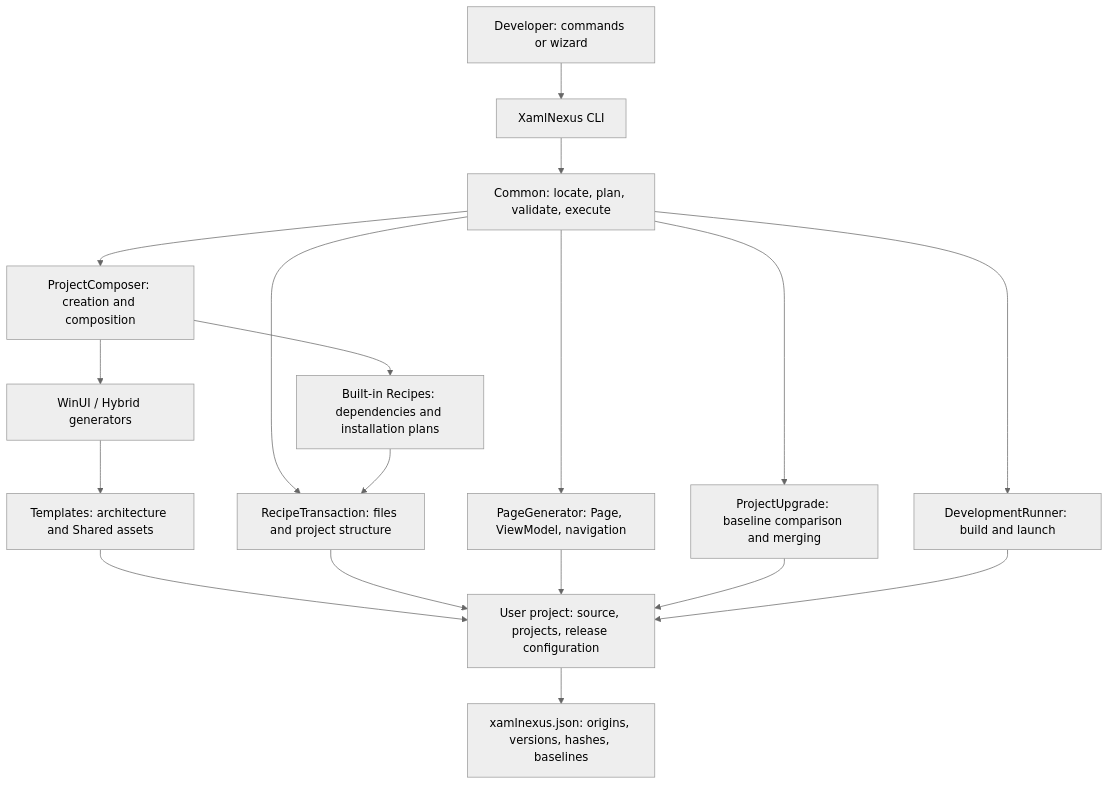
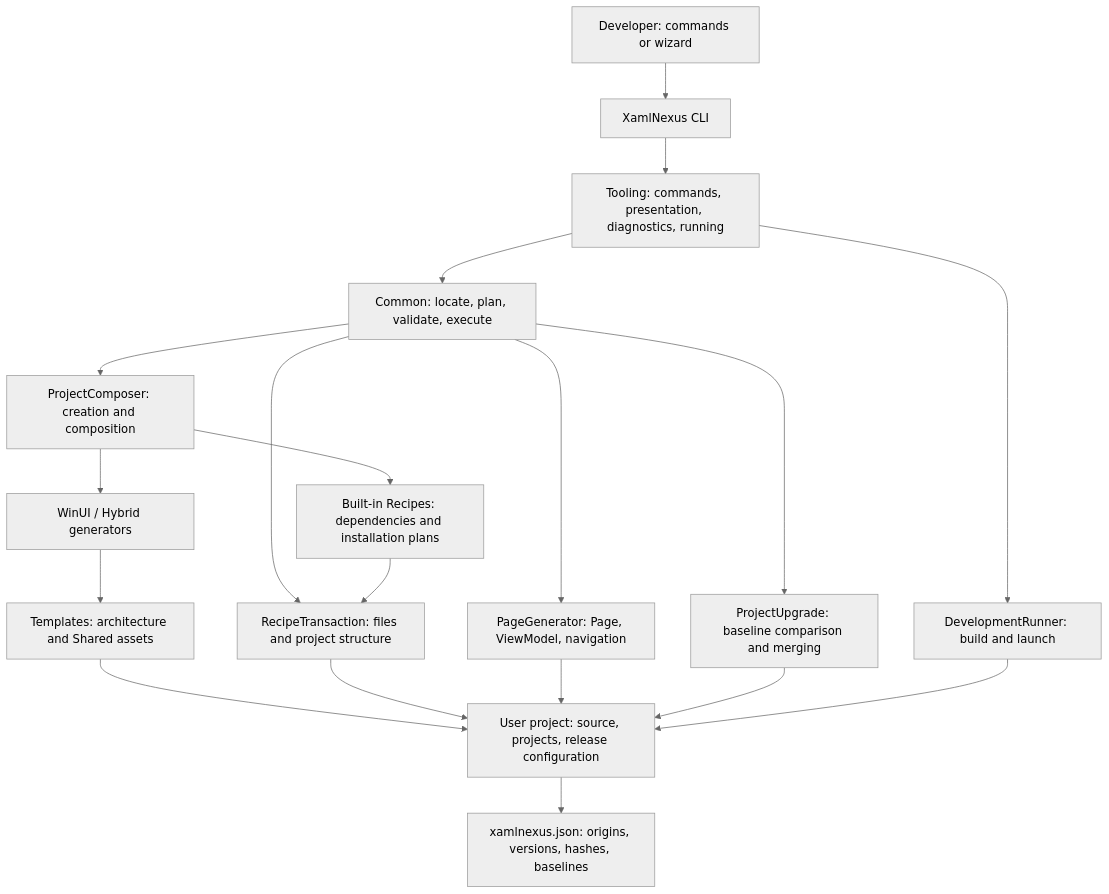
Before and after one commit to PaperHammer/XamlNexus: the first of 5 diagrams in docs/technical/architecture.md, drawn with Mermaid (neutral theme). The commit also changed other lines of this file and 24 other files, not shown here.

````diff
--- a/docs/technical/architecture.md
+++ b/docs/technical/architecture.md
@@ -9,20 +9,21 @@
 ```mermaid
 flowchart TD
     Developer[Developer: commands or wizard] --> CLI[XamlNexus CLI]
-    CLI --> Common[Common: locate, plan, validate, execute]
+    CLI --> Tooling[Tooling: commands, presentation, diagnostics, running]
+    Tooling --> Common[Common: locate, plan, validate, execute]
     Common --> Composer[ProjectComposer: creation and composition]
     Composer --> Generators[WinUI / Hybrid generators]
     Generators --> Templates[Templates: architecture and Shared assets]
     Composer --> Recipes[Built-in Recipes: dependencies and installation plans]
     Common --> Pages[PageGenerator: Page, ViewModel, navigation]
     Common --> Transactions[RecipeTransaction: files and project structure]
     Common --> Upgrade[ProjectUpgrade: baseline comparison and merging]
-    Common --> Runner[DevelopmentRunner: build and launch]
+    Tooling --> Runner[DevelopmentRunner: build and launch]
     Templates --> App[User project: source, projects, release configuration]
     Recipes --> Transactions
     Transactions --> App
     Pages --> App
     Upgrade --> App
     App --> Manifest[xamlnexus.json: origins, versions, hashes, baselines]
     Runner --> App
 ```
````
